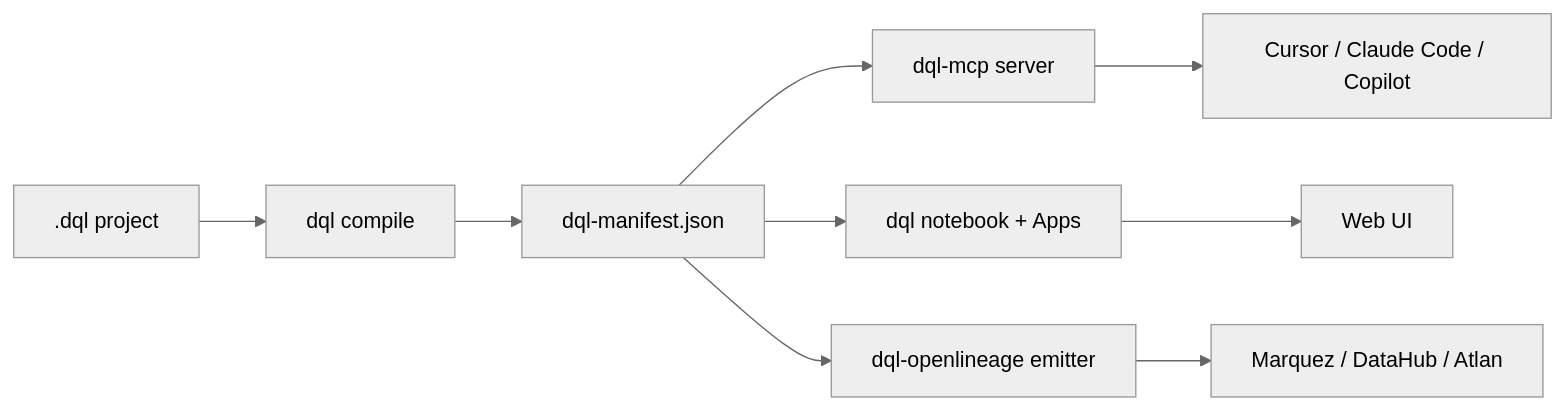
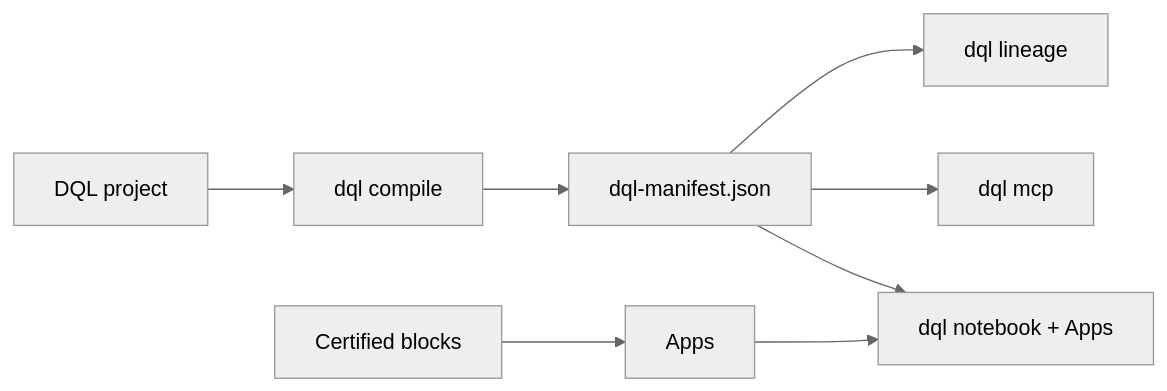
The diagram in docs/index.md (duckcode-ai/dql), drawn with Mermaid (neutral theme) before and after one commit. The commit also changed other lines of this file and 50 other files, not shown here.

````diff
--- a/docs/index.md
+++ b/docs/index.md
@@ -65,11 +64,10 @@
 ```mermaid
 flowchart LR
-    Project[".dql project"] --> Compiler[dql compile]
-    Compiler --> Manifest[dql-manifest.json]
-    Manifest --> MCP[dql-mcp server]
-    Manifest --> Apps[dql notebook + Apps]
-    Manifest --> OpenLineage[dql-openlineage emitter]
-    MCP --> Agents[Cursor / Claude Code / Copilot]
-    Apps --> Browser[Web UI]
-    OpenLineage --> Catalogs[Marquez / DataHub / Atlan]
+    Project["DQL project"] --> Compiler["dql compile"]
+    Compiler --> Manifest["dql-manifest.json"]
+    Manifest --> Lineage["dql lineage"]
+    Manifest --> MCP["dql mcp"]
+    Manifest --> Notebook["dql notebook + Apps"]
+    Blocks["Certified blocks"] --> Apps["Apps"]
+    Apps --> Notebook
 ```
````
